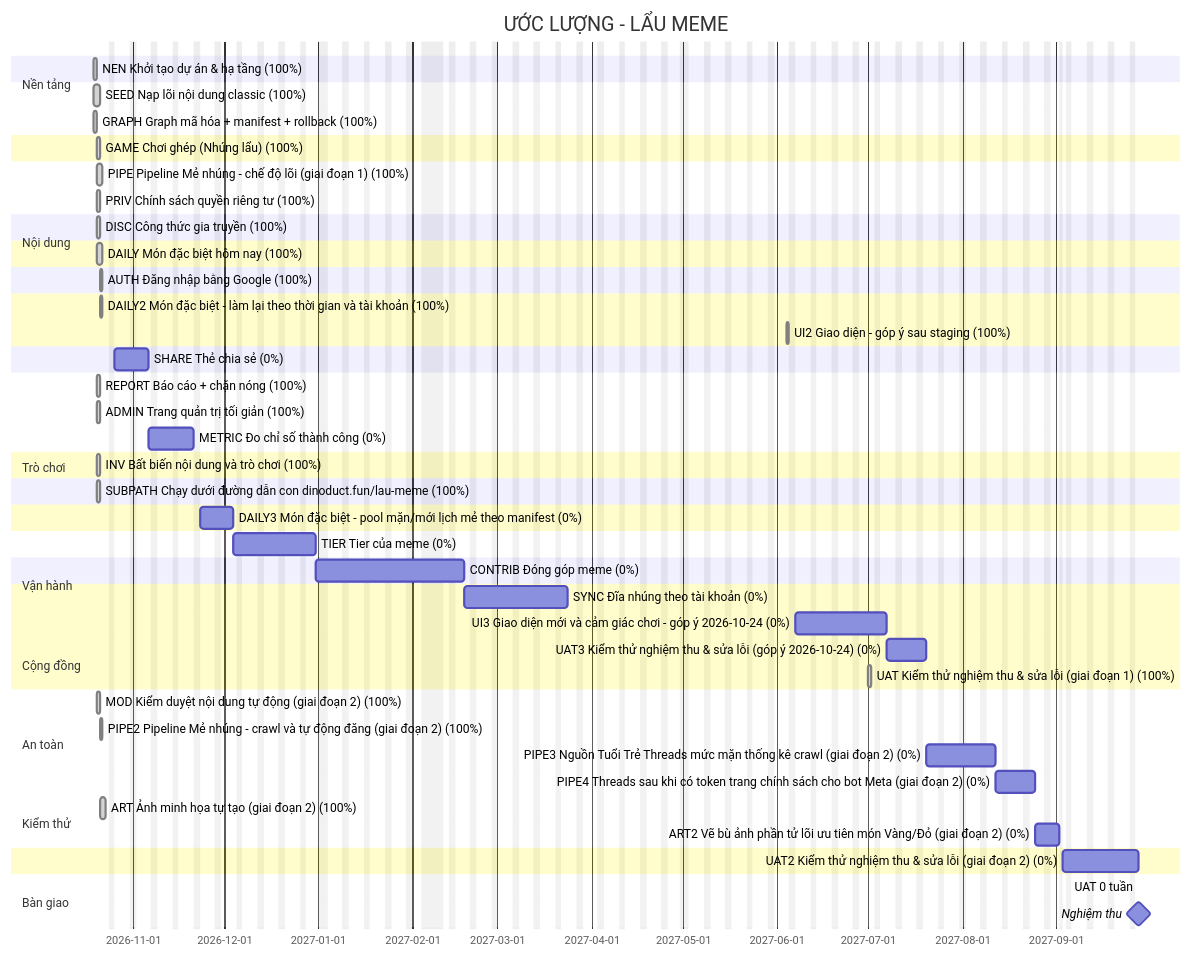
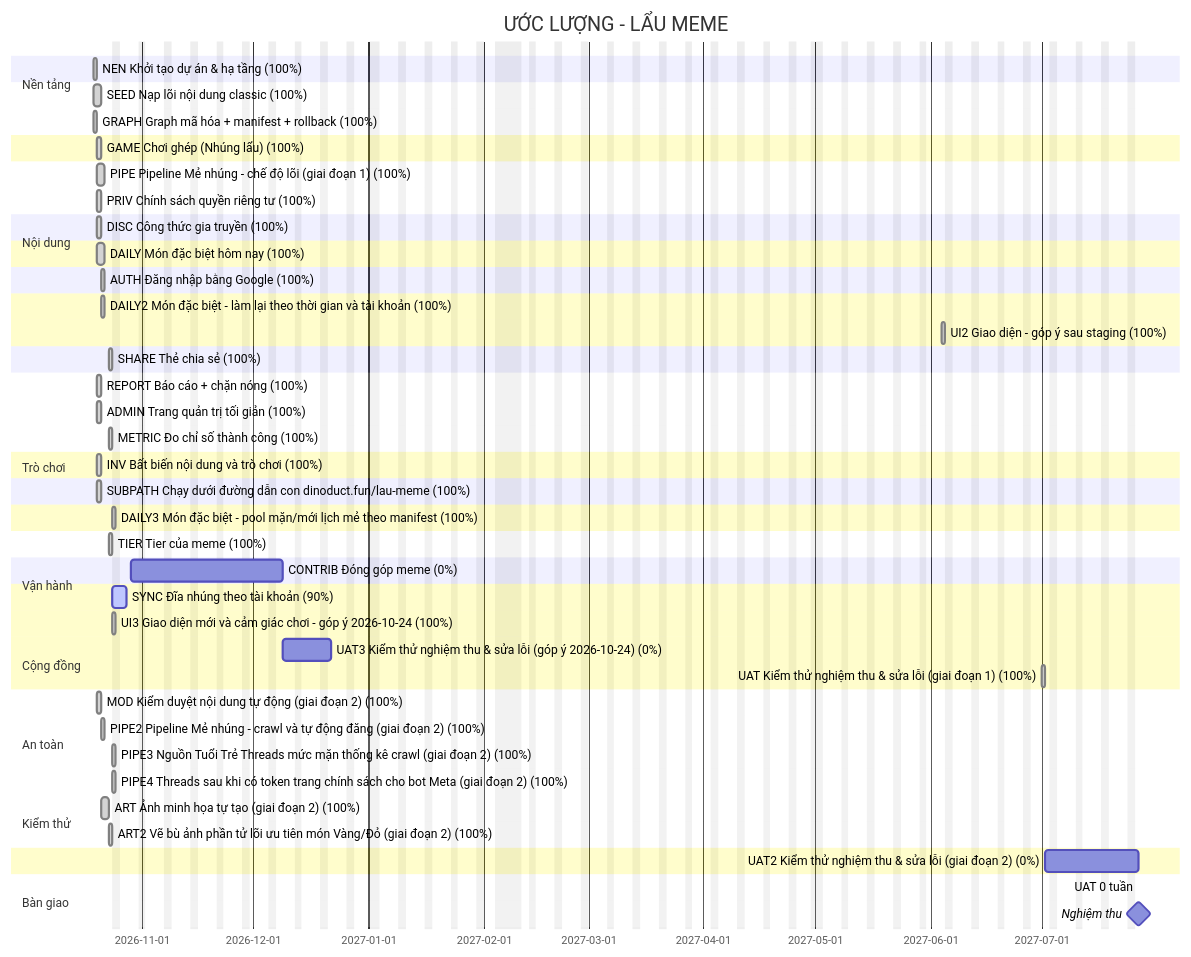
Before and after one commit to thucnq/lau-meme: the diagram in docs/plan/gantt.md, drawn with Mermaid. The commit also changed other lines of this file and 3 other files, not shown here.

First line of the commit message:
docs(plan): tiến độ - đánh dấu xong SHARE, METRIC, TIER, UI3, DAILY3, ART2, PIPE3, PIPE4 theo bằng chứng GREEN trên main; SYNC 90% chờ merge PR #94; dự báo nghiệm thu 2027-07-27

````diff
--- a/docs/plan/gantt.md
+++ b/docs/plan/gantt.md
@@ -5,62 +5,62 @@
 ```mermaid
 gantt
     title ƯỚC LƯỢNG - LẨU MEME
     dateFormat YYYY-MM-DD
     excludes weekends, 2027-01-01, 2027-02-04, 2027-02-05, 2027-02-06, 2027-02-07, 2027-02-08, 2027-02-09, 2027-02-10, 2027-04-30, 2027-05-01, 2027-09-02
     todayMarker stroke-width:2px,stroke:#d33
     section Nền tảng
     NEN Khởi tạo dự án & hạ tầng (100%) :done, NEN, 2026-10-19, 1d
     section Nội dung
     SEED Nạp lõi nội dung classic (100%) :done, SEED, 2026-10-19, 2d
     GRAPH Graph mã hóa + manifest + rollback (100%) :done, GRAPH, 2026-10-19, 1d
     section Trò chơi
     GAME Chơi ghép (Nhúng lẩu) (100%) :done, GAME, 2026-10-20, 1d
     section Nội dung
     PIPE Pipeline Mẻ nhúng - chế độ lõi (giai đoạn 1) (100%) :done, PIPE, 2026-10-20, 2d
     section Vận hành
     PRIV Chính sách quyền riêng tư (100%) :done, PRIV, 2026-10-20, 1d
     section Cộng đồng
     DISC Công thức gia truyền (100%) :done, DISC, 2026-10-20, 1d
     section Trò chơi
     DAILY Món đặc biệt hôm nay (100%) :done, DAILY, 2026-10-20, 2d
     section Cộng đồng
     AUTH Đăng nhập bằng Google (100%) :done, AUTH, 2026-10-21, 1d
     section Trò chơi
     DAILY2 Món đặc biệt - làm lại theo thời gian và tài khoản (100%) :done, DAILY2, 2026-10-21, 1d
     UI2 Giao diện - góp ý sau staging (100%) :done, UI2, 2027-06-04, 1d
     section Cộng đồng
-    SHARE Thẻ chia sẻ (0%) :SHARE, 2026-10-26, 9d
+    SHARE Thẻ chia sẻ (100%) :done, SHARE, 2026-10-23, 1d
     section An toàn
     REPORT Báo cáo + chặn nóng (100%) :done, REPORT, 2026-10-20, 1d
     ADMIN Trang quản trị tối giản (100%) :done, ADMIN, 2026-10-20, 1d
     section Vận hành
-    METRIC Đo chỉ số thành công (0%) :METRIC, 2026-11-06, 11d
+    METRIC Đo chỉ số thành công (100%) :done, METRIC, 2026-10-23, 1d
     section Kiểm thử
     INV Bất biến nội dung và trò chơi (100%) :done, INV, 2026-10-20, 1d
     section Nền tảng
     SUBPATH Chạy dưới đường dẫn con dinoduct.fun/lau-meme (100%) :done, SUBPATH, 2026-10-20, 1d
     section Trò chơi
-    DAILY3 Món đặc biệt - pool mặn/mới  lịch mẻ theo manifest (0%) :DAILY3, 2026-11-23, 9d
+    DAILY3 Món đặc biệt - pool mặn/mới  lịch mẻ theo manifest (100%) :done, DAILY3, 2026-10-24, 1d
     section Nội dung
-    TIER Tier của meme (0%) :TIER, 2026-12-04, 19d
+    TIER Tier của meme (100%) :done, TIER, 2026-10-23, 1d
     section Cộng đồng
-    CONTRIB Đóng góp meme (0%) :CONTRIB, 2026-12-31, 29d
+    CONTRIB Đóng góp meme (0%) :CONTRIB, 2026-10-29, 29d
     section Trò chơi
-    SYNC Đĩa nhúng theo tài khoản (0%) :SYNC, 2027-02-18, 24d
-    UI3 Giao diện mới và cảm giác chơi - góp ý 2026-10-24 (0%) :UI3, 2027-06-07, 22d
+    SYNC Đĩa nhúng theo tài khoản (90%) :active, SYNC, 2026-10-24, 3d
+    UI3 Giao diện mới và cảm giác chơi - góp ý 2026-10-24 (100%) :done, UI3, 2026-10-24, 1d
     section Kiểm thử
-    UAT3 Kiểm thử nghiệm thu & sửa lỗi (góp ý 2026-10-24) (0%) :UAT3, 2027-07-07, 9d
+    UAT3 Kiểm thử nghiệm thu & sửa lỗi (góp ý 2026-10-24) (0%) :UAT3, 2026-12-09, 9d
     UAT Kiểm thử nghiệm thu & sửa lỗi (giai đoạn 1) (100%) :done, UAT, 2027-07-01, 1d
     section Nội dung
     MOD Kiểm duyệt nội dung tự động (giai đoạn 2) (100%) :done, MOD, 2026-10-20, 1d
     PIPE2 Pipeline Mẻ nhúng - crawl và tự động đăng (giai đoạn 2) (100%) :done, PIPE2, 2026-10-21, 1d
-    PIPE3 Nguồn Tuổi Trẻ  Threads  mức mặn  thống kê crawl (giai đoạn 2) (0%) :PIPE3, 2027-07-20, 17d
-    PIPE4 Threads sau khi có token  trang chính sách cho bot Meta (giai đoạn 2) (0%) :PIPE4, 2027-08-12, 9d
+    PIPE3 Nguồn Tuổi Trẻ  Threads  mức mặn  thống kê crawl (giai đoạn 2) (100%) :done, PIPE3, 2026-10-24, 1d
+    PIPE4 Threads sau khi có token  trang chính sách cho bot Meta (giai đoạn 2) (100%) :done, PIPE4, 2026-10-24, 1d
     ART Ảnh minh họa tự tạo (giai đoạn 2) (100%) :done, ART, 2026-10-21, 2d
-    ART2 Vẽ bù ảnh phần tử lõi  ưu tiên món Vàng/Đỏ (giai đoạn 2) (0%) :ART2, 2027-08-25, 6d
+    ART2 Vẽ bù ảnh phần tử lõi  ưu tiên món Vàng/Đỏ (giai đoạn 2) (100%) :done, ART2, 2026-10-23, 1d
     section Kiểm thử
-    UAT2 Kiểm thử nghiệm thu & sửa lỗi (giai đoạn 2) (0%) :UAT2, 2027-09-03, 17d
+    UAT2 Kiểm thử nghiệm thu & sửa lỗi (giai đoạn 2) (0%) :UAT2, 2027-07-02, 17d
     section Bàn giao
-    UAT 0 tuần :uat, 2027-09-28, 0d
-    Nghiệm thu :milestone, 2027-09-28, 0d
+    UAT 0 tuần :uat, 2027-07-27, 0d
+    Nghiệm thu :milestone, 2027-07-27, 0d
 ```
````
